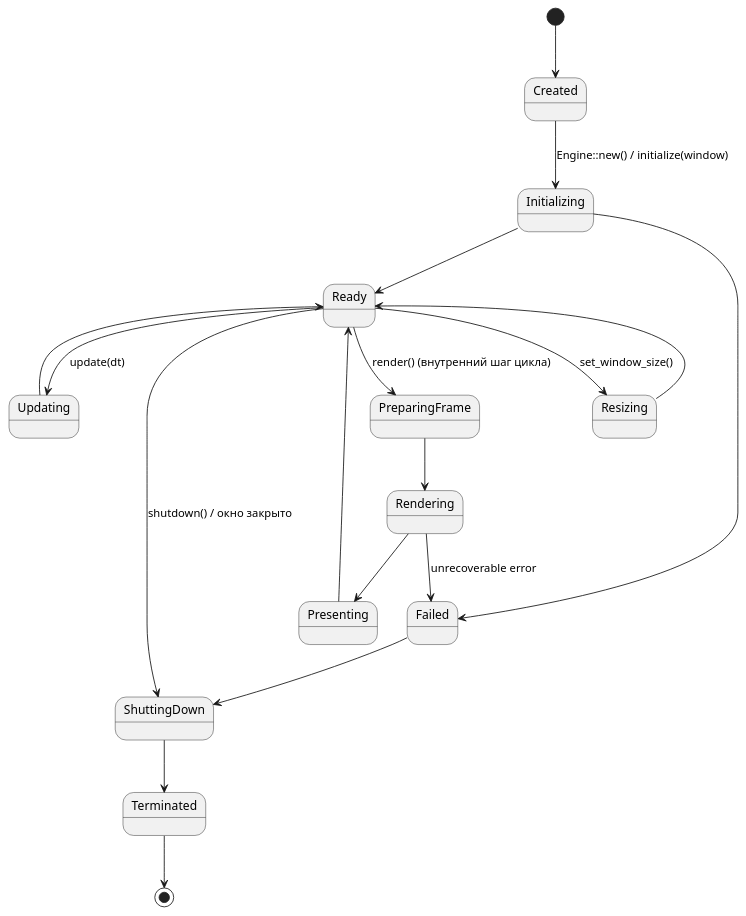
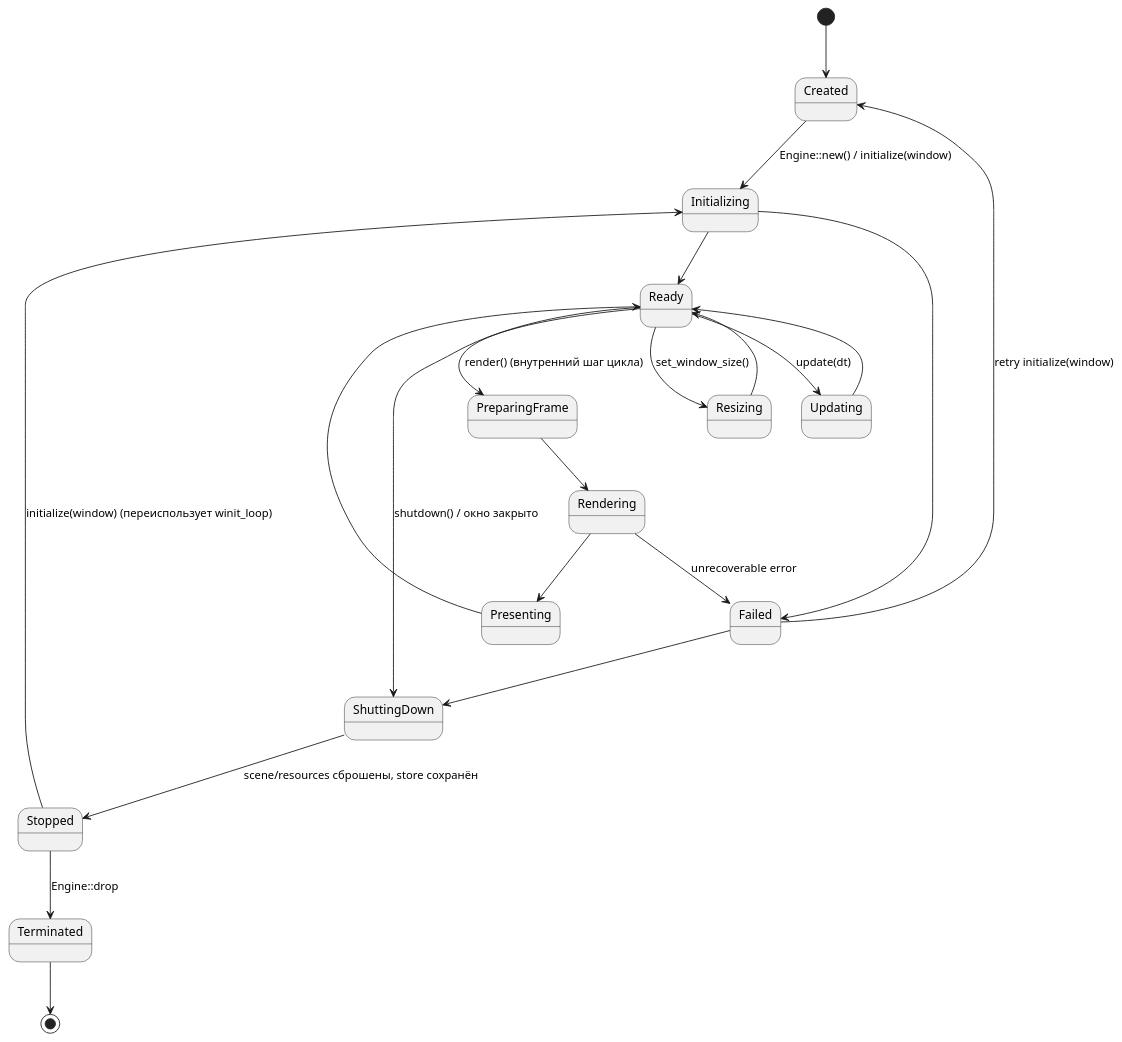
Before and after one commit to BFGEG/BFGE: the third of 5 diagrams in docs/FREAK_Engine_Architecture.md, drawn with PlantUML. The commit also changed other lines of this file and 3 other files, not shown here.

````diff
--- a/docs/FREAK_Engine_Architecture.md
+++ b/docs/FREAK_Engine_Architecture.md
@@ -1295,33 +1299,39 @@
 ```plantuml
 @startuml
 
 [*] --> Created
 
 Created --> Initializing : Engine::new() / initialize(window)
 
 Initializing --> Ready
 Initializing --> Failed
+
+Failed --> Created : retry initialize(window)
 
 Ready --> Updating : update(dt)
 Updating --> Ready
 
 Ready --> PreparingFrame : render() (внутренний шаг цикла)
 
 PreparingFrame --> Rendering
 Rendering --> Presenting
 Presenting --> Ready
 
 Ready --> Resizing : set_window_size()
 Resizing --> Ready
 
 Rendering --> Failed : unrecoverable error
 
 Ready --> ShuttingDown : shutdown() / окно закрыто
 Failed --> ShuttingDown
 
-ShuttingDown --> Terminated
+ShuttingDown --> Stopped : scene/resources сброшены, store сохранён
+
+Stopped --> Initializing : initialize(window) (переиспользует winit_loop)
+
+Stopped --> Terminated : Engine::drop
 
 Terminated --> [*]
 
 @enduml
 ```
````
